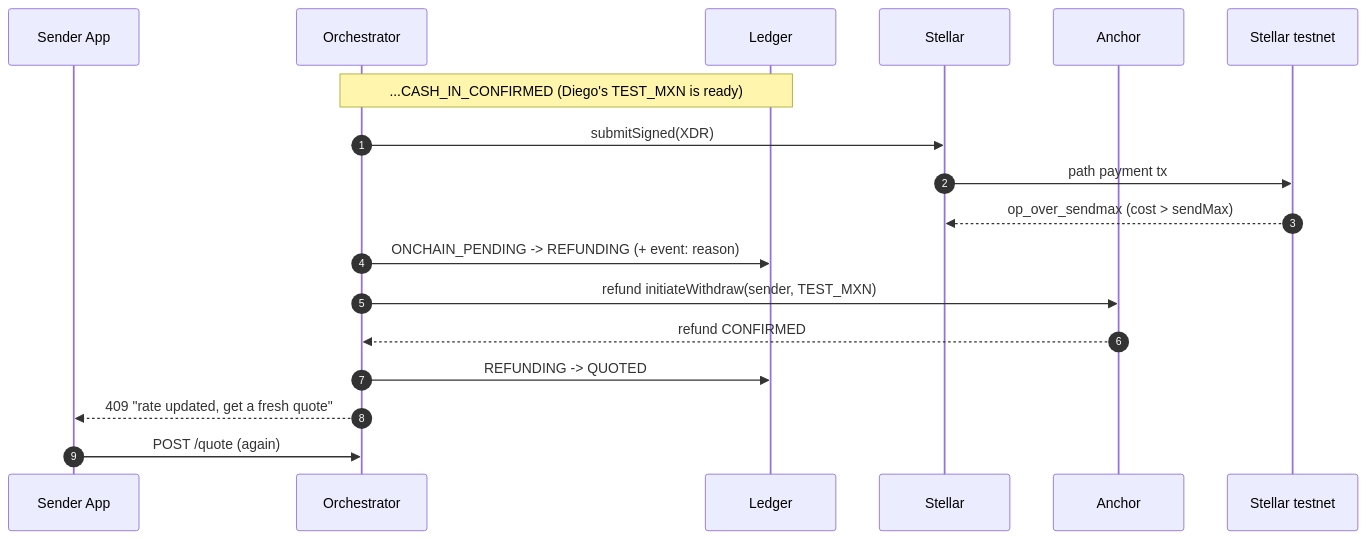
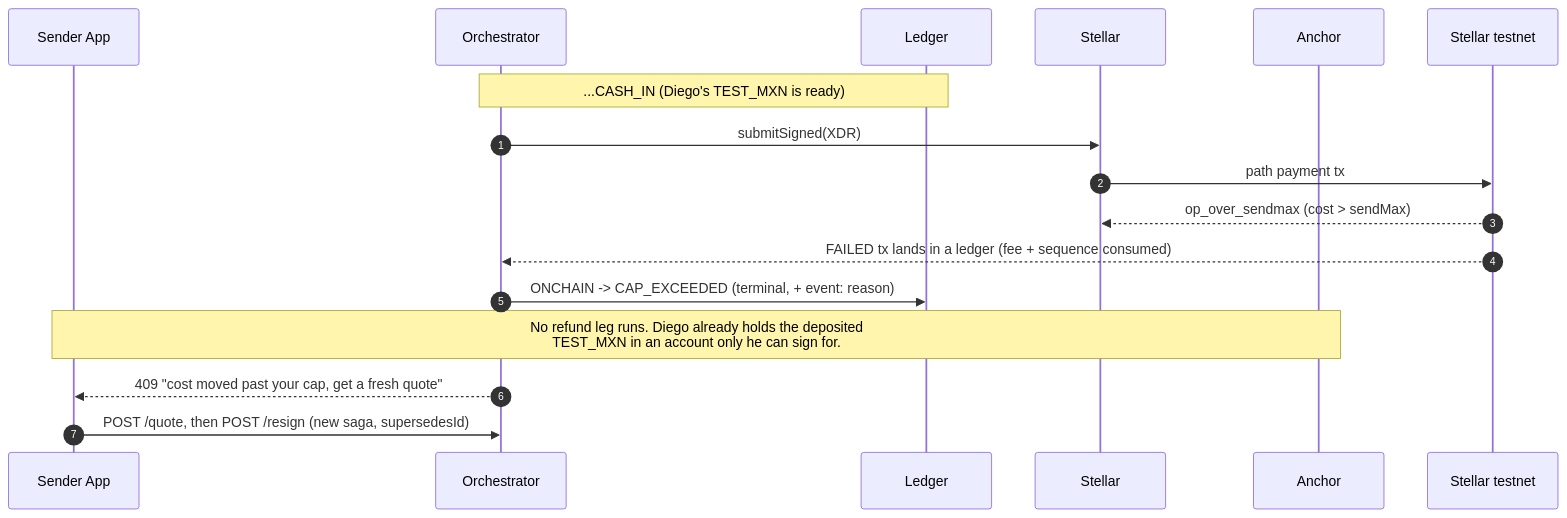
One commit to yigitcangokmen/corramoney changed the second of 5 diagrams in docs/flows.md. Above: the diagram before and after it, drawn with Mermaid. The commit also changed other lines of this file and 8 other files, not shown here.

````diff
--- a/docs/flows.md
+++ b/docs/flows.md
@@ -44,21 +44,20 @@
 ```mermaid
 sequenceDiagram
     autonumber
     participant S as Sender App
     participant O as Orchestrator
     participant L as Ledger
     participant K as Stellar
     participant A as Anchor
     participant X as Stellar testnet
 
-    Note over O,L: ...CASH_IN_CONFIRMED (Diego's TEST_MXN is ready)
+    Note over O,L: ...CASH_IN (Diego's TEST_MXN is ready)
     O->>K: submitSigned(XDR)
     K->>X: path payment tx
     X-->>K: op_over_sendmax (cost > sendMax)
-    O->>L: ONCHAIN_PENDING -> REFUNDING (+ event: reason)
-    O->>A: refund initiateWithdraw(sender, TEST_MXN)
-    A-->>O: refund CONFIRMED
-    O->>L: REFUNDING -> QUOTED
-    O-->>S: 409 "rate updated, get a fresh quote"
-    S->>O: POST /quote (again)
+    X-->>O: FAILED tx lands in a ledger (fee + sequence consumed)
+    O->>L: ONCHAIN -> CAP_EXCEEDED (terminal, + event: reason)
+    Note over S,A: No refund leg runs. Diego already holds the deposited<br/>TEST_MXN in an account only he can sign for.
+    O-->>S: 409 "cost moved past your cap, get a fresh quote"
+    S->>O: POST /quote, then POST /resign (new saga, supersedesId)
 ```
````
